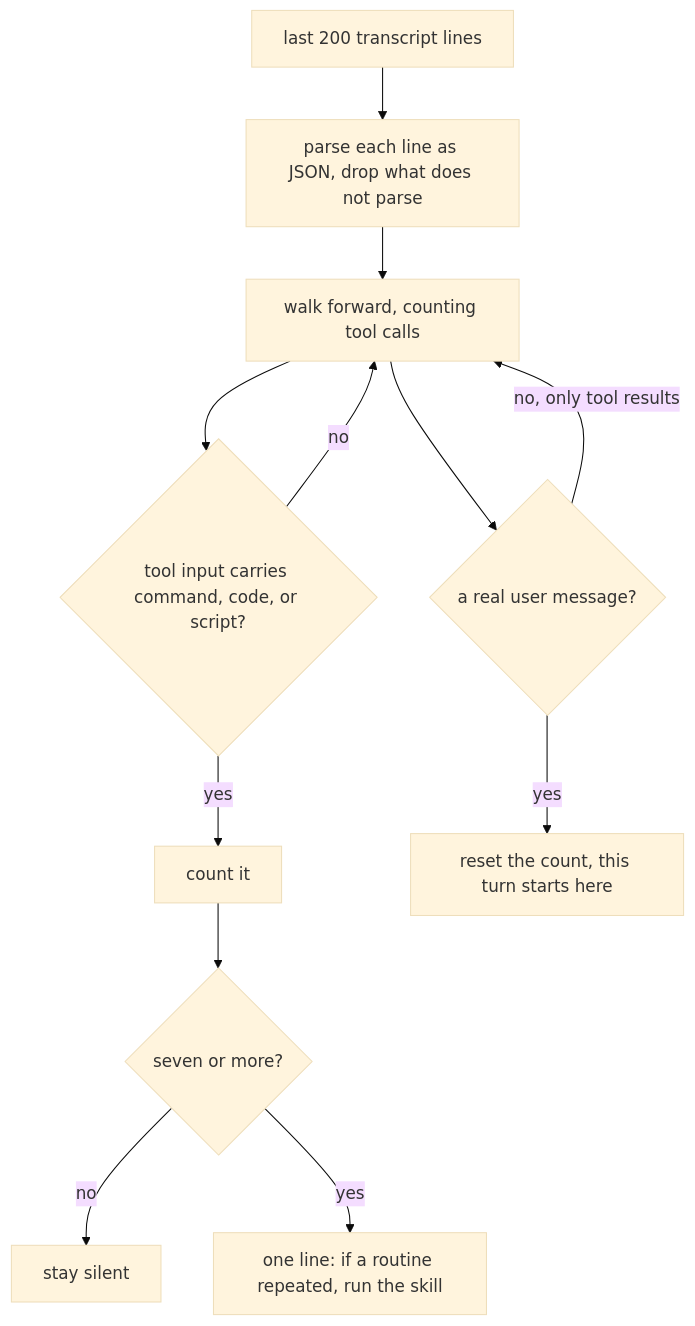
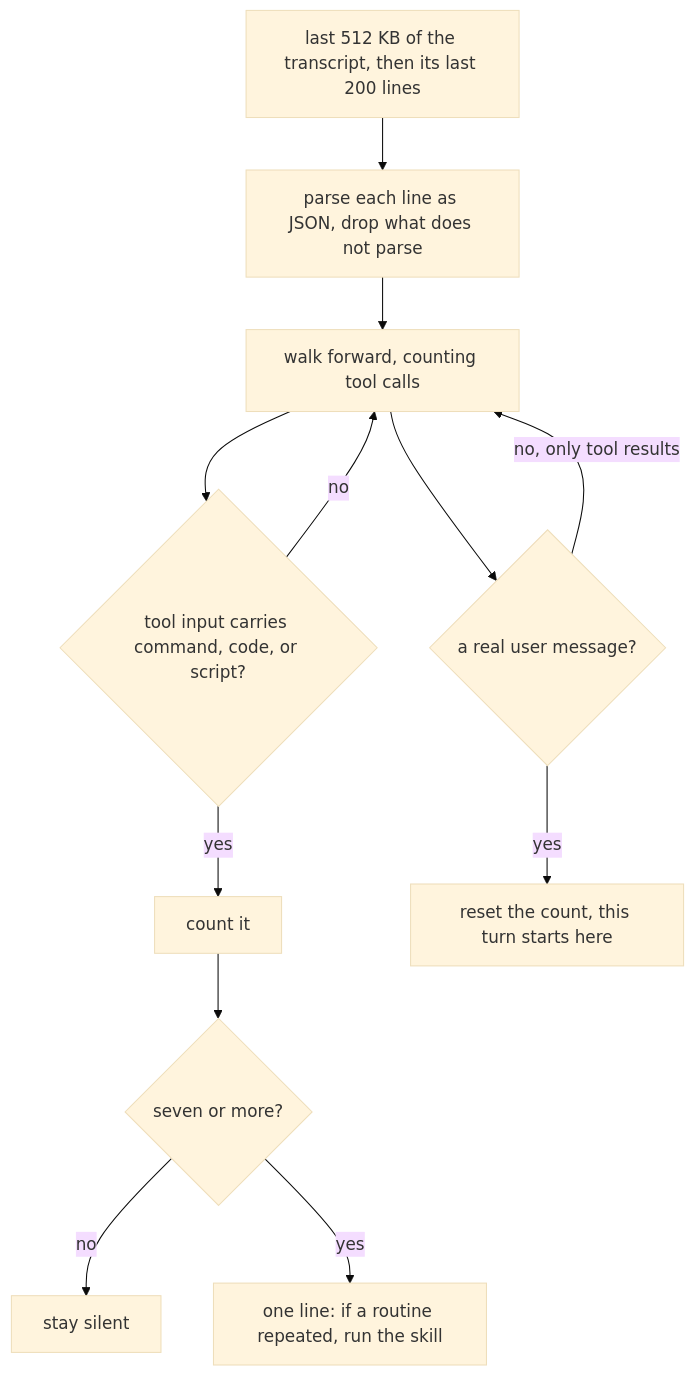
The second of 2 diagrams in strict-script-creator/README.md (Viperwow/strict-ai), drawn with Mermaid (base theme) before and after one commit. The commit also changed other lines of this file and 4 other files, not shown here.

````diff
--- a/strict-script-creator/README.md
+++ b/strict-script-creator/README.md
@@ -44,14 +44,14 @@
 ```mermaid
 flowchart TD
-    A["last 200 transcript lines"] --> B["parse each line as JSON, drop what does not parse"]
+    A["last 512 KB of the transcript, then its last 200 lines"] --> B["parse each line as JSON, drop what does not parse"]
     B --> C["walk forward, counting tool calls"]
     C --> D{"tool input carries command, code, or script?"}
     D -->|no| C
     D -->|yes| E["count it"]
     C --> F{"a real user message?"}
     F -->|yes| G["reset the count, this turn starts here"]
     F -->|"no, only tool results"| C
     E --> H{"seven or more?"}
     H -->|no| I["stay silent"]
     H -->|yes| J["one line: if a routine repeated, run the skill"]
 ```
````
